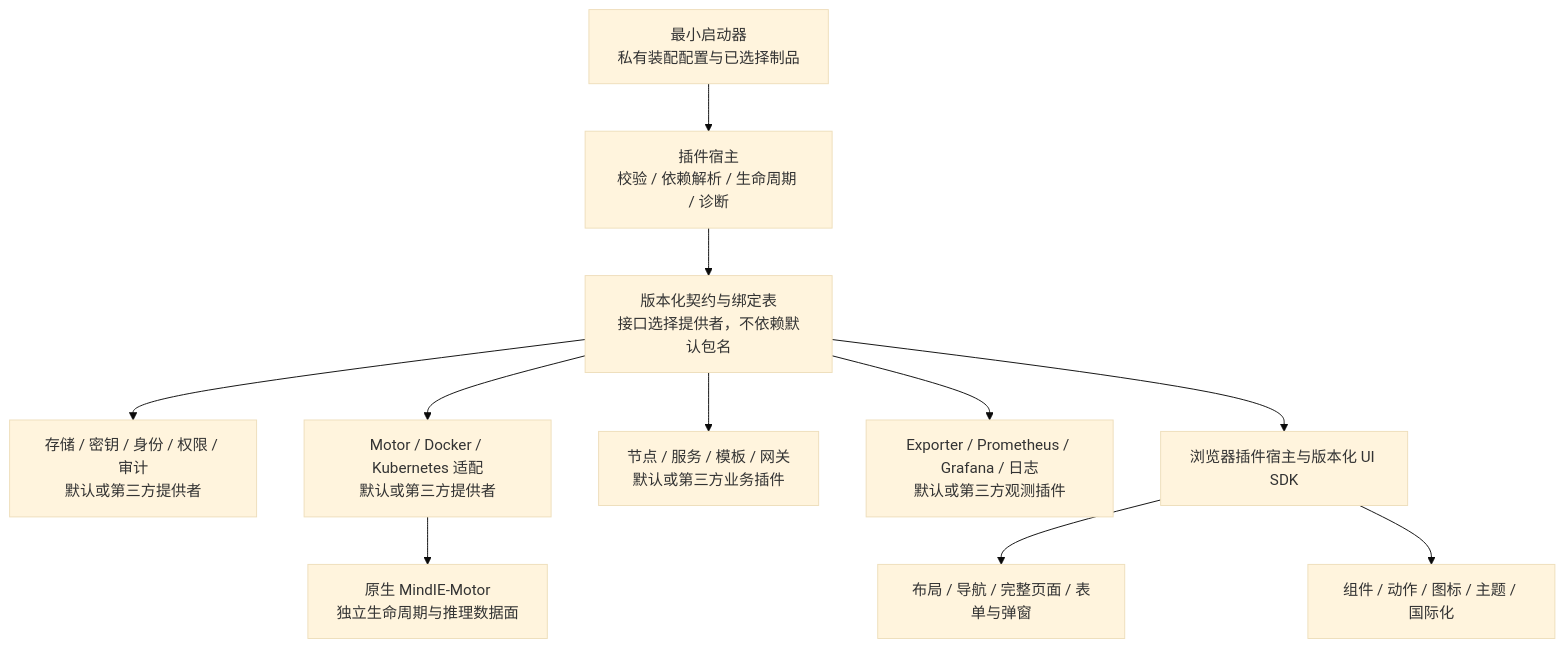
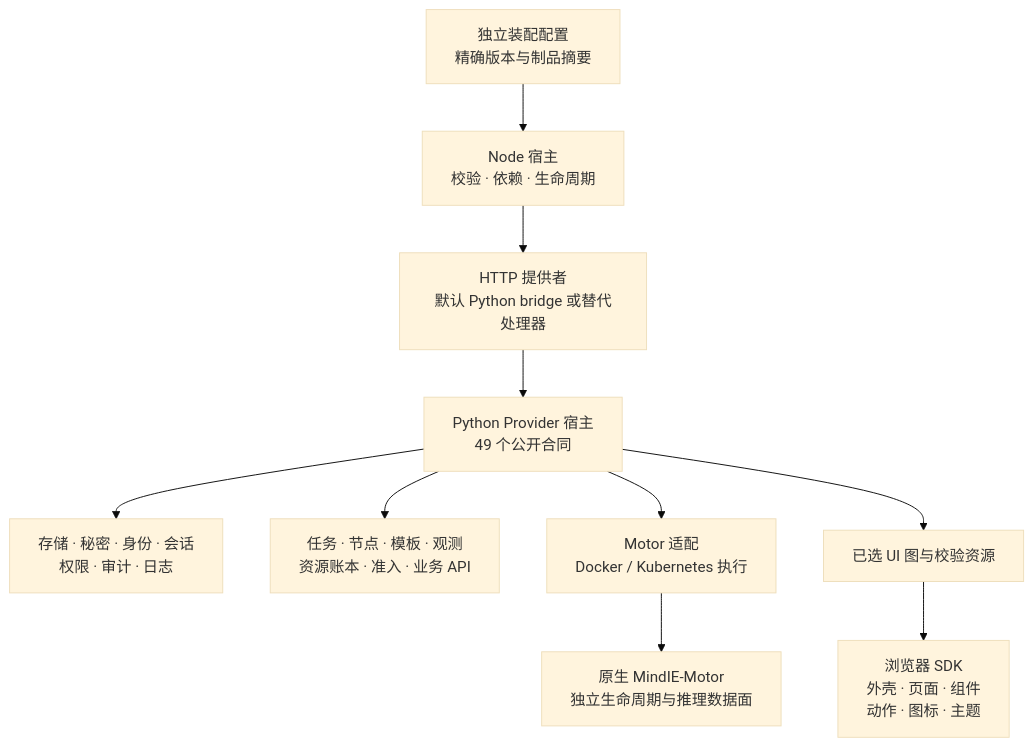
Before and after one commit to ZhengDeL/MindIE-Motor-Console: the first of 2 diagrams in web/docs/REPLACEABLE_PLUGIN_ARCHITECTURE.md, drawn with Mermaid (base theme). The commit also changed other lines of this file and 167 other files, not shown here.

````diff
--- a/web/docs/REPLACEABLE_PLUGIN_ARCHITECTURE.md
+++ b/web/docs/REPLACEABLE_PLUGIN_ARCHITECTURE.md
@@ -13,15 +11,12 @@
 ```mermaid
 flowchart TB
-  BOOT["最小启动器<br/>私有装配配置与已选择制品"]
-  HOST["插件宿主<br/>校验 / 依赖解析 / 生命周期 / 诊断"]
-  PORTS["版本化契约与绑定表<br/>接口选择提供者，不依赖默认包名"]
-  BOOT --> HOST --> PORTS
-  PORTS --> DATA["存储 / 密钥 / 身份 / 权限 / 审计<br/>默认或第三方提供者"]
-  PORTS --> MOTOR["Motor / Docker / Kubernetes 适配<br/>默认或第三方提供者"]
-  PORTS --> BIZ["节点 / 服务 / 模板 / 网关<br/>默认或第三方业务插件"]
-  PORTS --> OBS["Exporter / Prometheus / Grafana / 日志<br/>默认或第三方观测插件"]
-  PORTS --> UI["浏览器插件宿主与版本化 UI SDK"]
-  UI --> SHELL["布局 / 导航 / 完整页面 / 表单与弹窗"]
-  UI --> PARTS["组件 / 动作 / 图标 / 主题 / 国际化"]
-  MOTOR --> NATIVE["原生 MindIE-Motor<br/>独立生命周期与推理数据面"]
+  CONFIG["独立装配配置<br/>精确版本与制品摘要"] --> HOST["Node 宿主<br/>校验 · 依赖 · 生命周期"]
+  HOST --> HTTP["HTTP 提供者<br/>默认 Python bridge 或替代处理器"]
+  HTTP --> PY["Python Provider 宿主<br/>49 个公开合同"]
+  PY --> DATA["存储 · 秘密 · 身份 · 会话<br/>权限 · 审计 · 日志"]
+  PY --> BIZ["任务 · 节点 · 模板 · 观测<br/>资源账本 · 准入 · 业务 API"]
+  PY --> RUNTIME["Motor 适配<br/>Docker / Kubernetes 执行"]
+  PY --> BOOT["已选 UI 图与校验资源"]
+  BOOT --> UI["浏览器 SDK<br/>外壳 · 页面 · 组件<br/>动作 · 图标 · 主题"]
+  RUNTIME --> NATIVE["原生 MindIE-Motor<br/>独立生命周期与推理数据面"]
 ```
````
